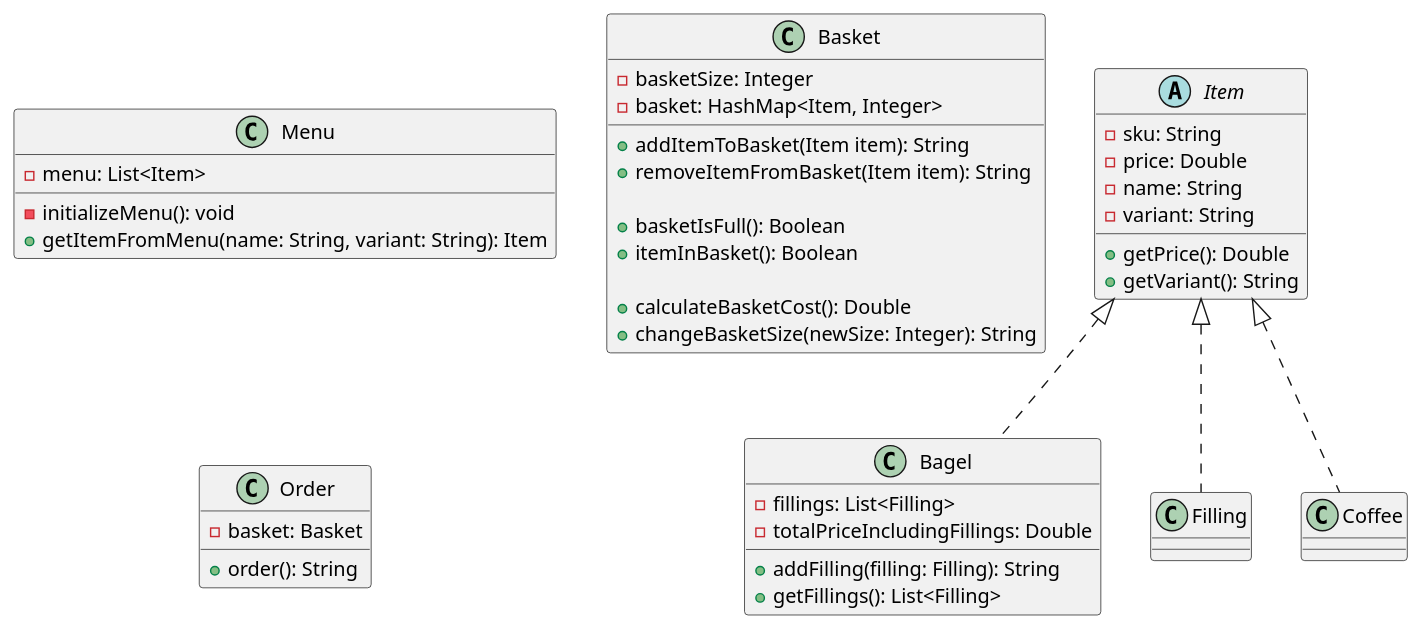
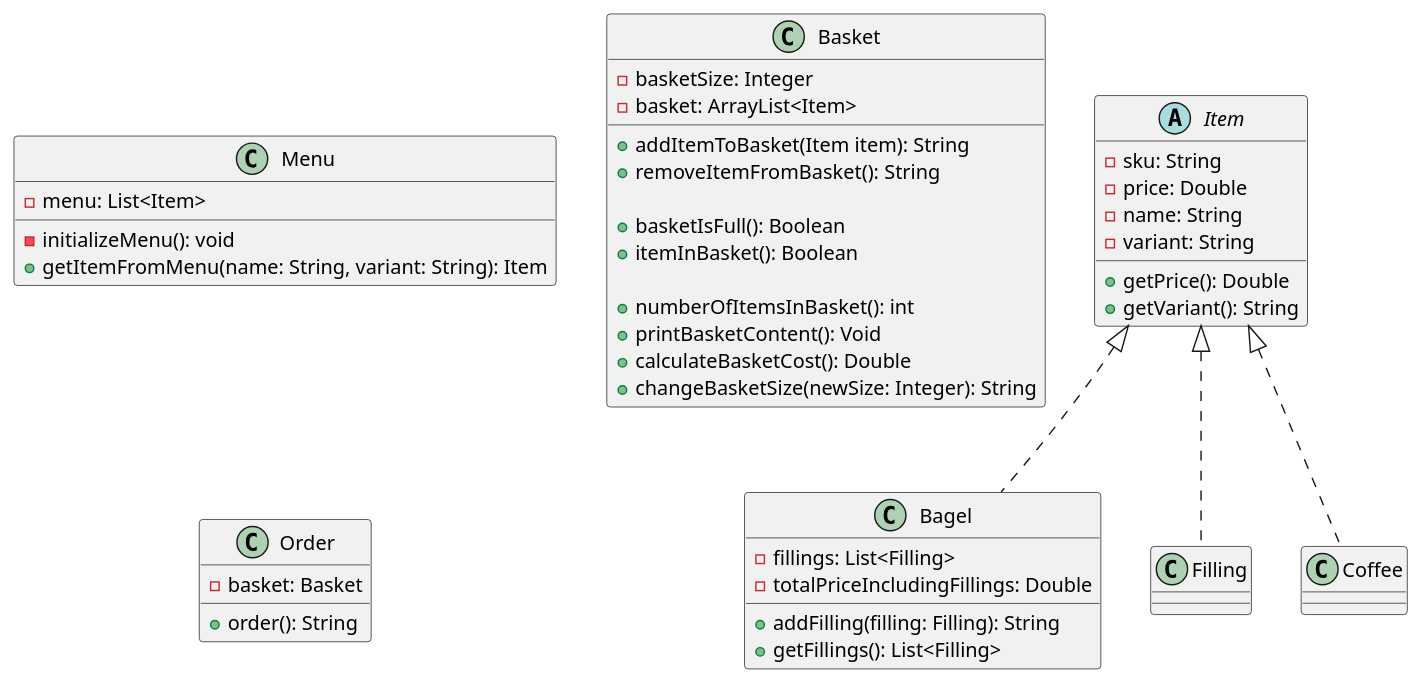
Before and after one commit to boolean-uk/java-tdd-oop-bobs-bagels: the diagram in classDiagram.puml, drawn with PlantUML. The commit also changed 3 other files, not shown here.

Commit message:
Implemented remove functionality. Updated domain model and class diagram.

```diff
--- a/classDiagram.puml
+++ b/classDiagram.puml
@@ -1,52 +1,54 @@
 @startuml
 
 Class Menu {
     - menu: List<Item>
 
     - initializeMenu(): void
     + getItemFromMenu(name: String, variant: String): Item
 }
 
 Class Basket {
     - basketSize: Integer
-    - basket: HashMap<Item, Integer>
+    - basket: ArrayList<Item>
 
     + addItemToBasket(Item item): String
-    + removeItemFromBasket(Item item): String
+    + removeItemFromBasket(): String
 
     + basketIsFull(): Boolean
     + itemInBasket(): Boolean
 
+    + numberOfItemsInBasket(): int
+    + printBasketContent(): Void
     + calculateBasketCost(): Double
     + changeBasketSize(newSize: Integer): String
 }
 
 Abstract Class Item {
     - sku: String
     - price: Double
     - name: String
     - variant: String
 
     + getPrice(): Double
     + getVariant(): String
 }
 
 Class Bagel Implements Item {
     - fillings: List<Filling>
     - totalPriceIncludingFillings: Double
     + addFilling(filling: Filling): String
     + getFillings(): List<Filling>
 }
 
 Class Filling Implements Item {
 }
 
 Class Coffee Implements Item {
 }
 
 Class Order {
     - basket: Basket
     + order(): String
 }
 
 @enduml
```
